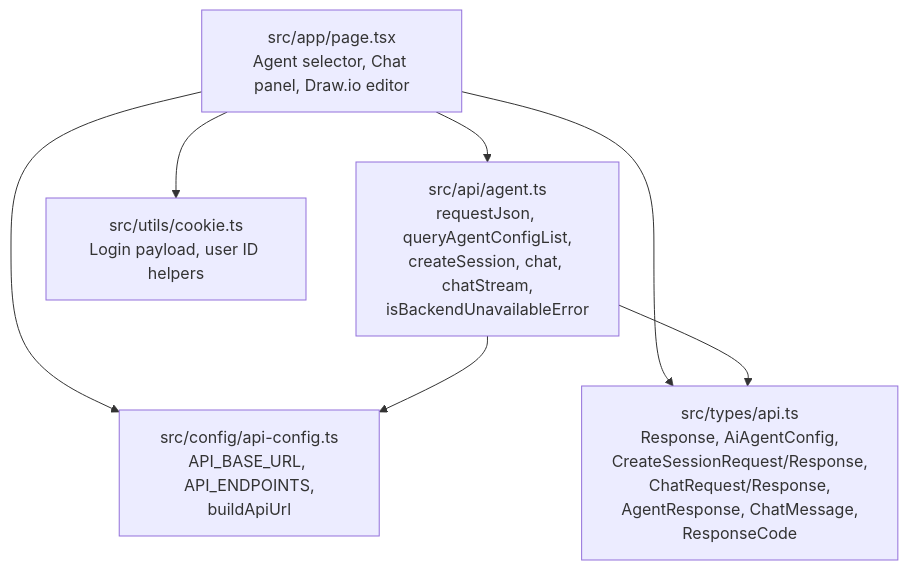
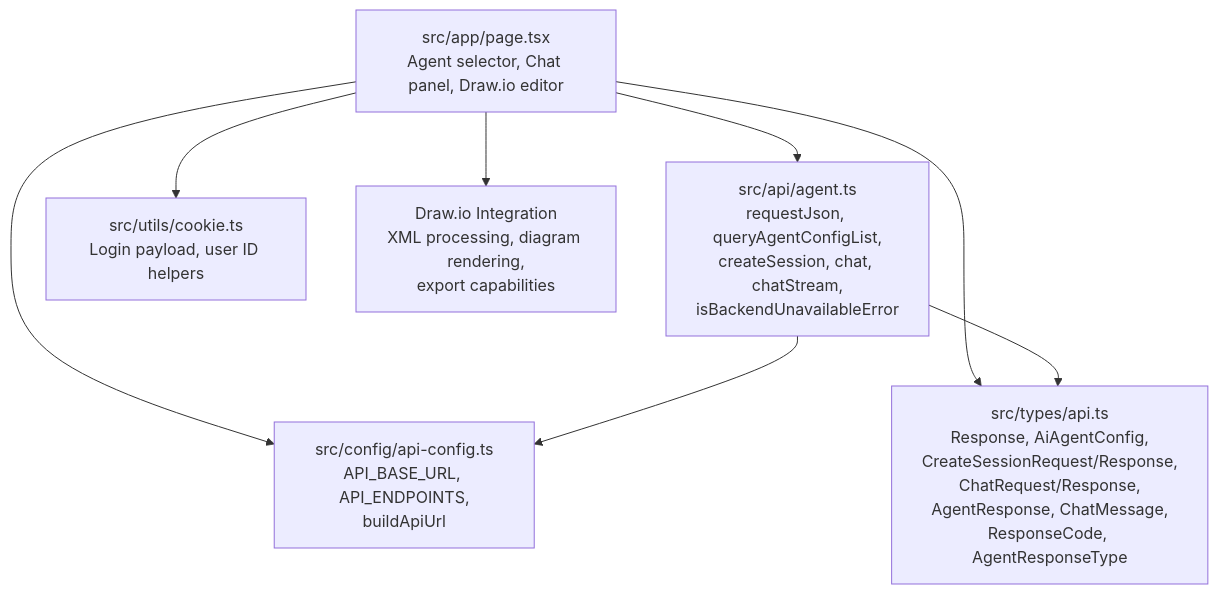
One commit to shrekboss/agent-draw-io-front changed the second of 10 diagrams in .qoder/repowiki/en/content/AI Agent Integration.md. Above: the diagram before and after it, drawn with Mermaid. The commit also changed other lines of this file and 13 other files, not shown here.

Commit message:
feat(agent-draw-io-front): 优化交互式画图

````diff
--- a/.qoder/repowiki/en/content/AI Agent Integration.md
+++ b/.qoder/repowiki/en/content/AI Agent Integration.md
@@ -115,14 +131,16 @@
 ```mermaid
 graph TB
 UI["src/app/page.tsx<br/>Agent selector, Chat panel, Draw.io editor"]
 API["src/api/agent.ts<br/>requestJson, queryAgentConfigList,<br/>createSession, chat, chatStream,<br/>isBackendUnavailableError"]
 CFG["src/config/api-config.ts<br/>API_BASE_URL, API_ENDPOINTS,<br/>buildApiUrl"]
-TYPES["src/types/api.ts<br/>Response, AiAgentConfig,<br/>CreateSessionRequest/Response,<br/>ChatRequest/Response,<br/>AgentResponse, ChatMessage,<br/>ResponseCode"]
+TYPES["src/types/api.ts<br/>Response, AiAgentConfig,<br/>CreateSessionRequest/Response,<br/>ChatRequest/Response,<br/>AgentResponse, ChatMessage,<br/>ResponseCode, AgentResponseType"]
 COOK["src/utils/cookie.ts<br/>Login payload, user ID helpers"]
+DRAWIO["Draw.io Integration<br/>XML processing, diagram rendering,<br/>export capabilities"]
 UI --> API
 UI --> CFG
 UI --> TYPES
 UI --> COOK
+UI --> DRAWIO
 API --> CFG
 API --> TYPES
 ```
````
